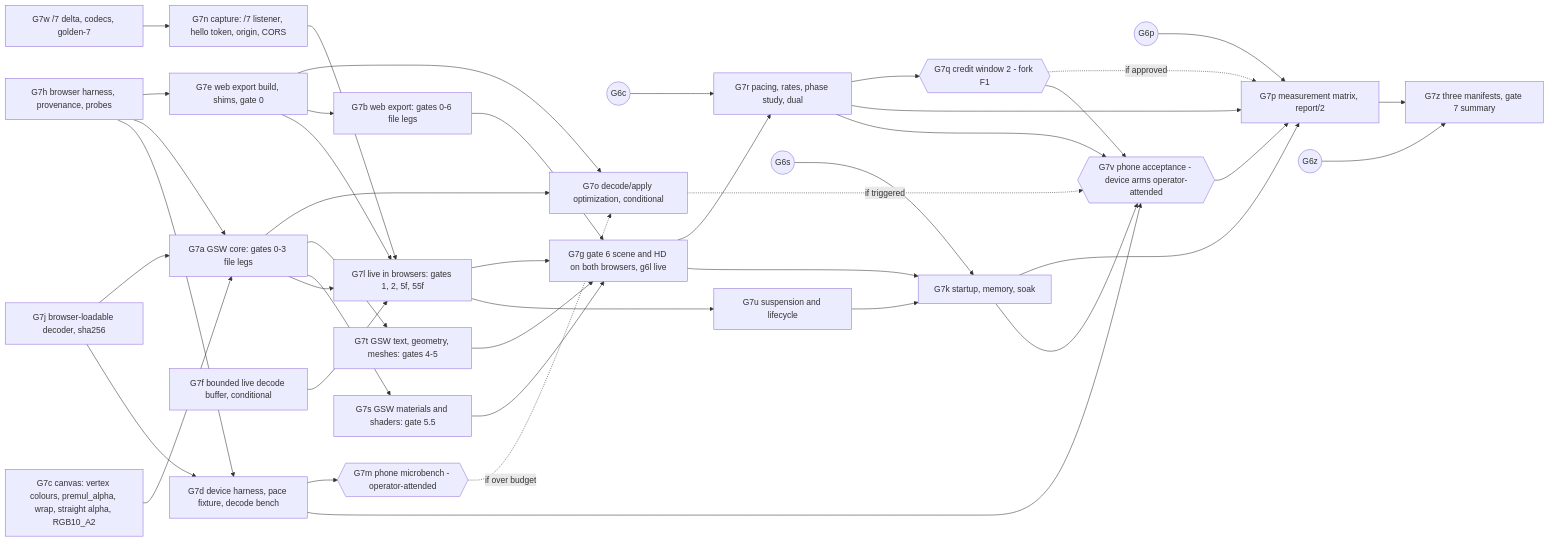
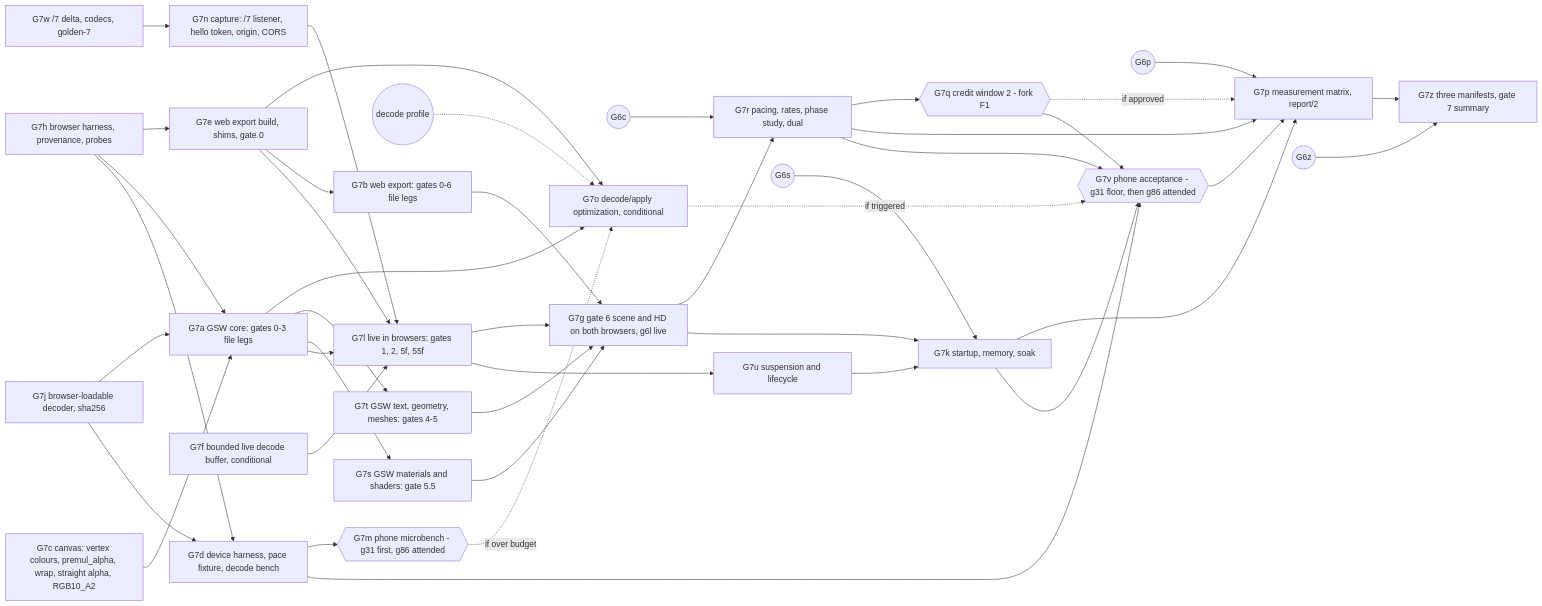
The diagram in experiments/render-stream/protocol/gate7-design.md (tfoxy/godot-scene-web), drawn with Mermaid before and after one commit. The commit also changed other lines of this file, not shown here.

````diff
--- a/experiments/render-stream/protocol/gate7-design.md
+++ b/experiments/render-stream/protocol/gate7-design.md
@@ -1080,44 +1267,45 @@
 ```mermaid
 flowchart LR
     G6c((G6c)) --> G7r
     G6s((G6s)) --> G7k
     G6p((G6p)) --> G7p
     G6z((G6z)) --> G7z
     G7w[G7w /7 delta, codecs, golden-7] --> G7n
     G7j[G7j browser-loadable decoder, sha256] --> G7a
     G7h[G7h browser harness, provenance, probes] --> G7e
     G7h --> G7a
     G7c[G7c canvas: vertex colours, premul_alpha, wrap, straight alpha, RGB10_A2] --> G7a
     G7f[G7f bounded live decode buffer, conditional] --> G7l
     G7h --> G7d[G7d device harness, pace fixture, decode bench]
     G7j --> G7d
-    G7d --> G7m{{G7m phone microbench - operator-attended}}
+    DP((decode profile)) -.-> G7o
+    G7d --> G7m{{G7m phone microbench - g31 first, g86 attended}}
     G7m -. if over budget .-> G7o[G7o decode/apply optimization, conditional]
     G7e --> G7o
     G7a --> G7o
     G7o -. if triggered .-> G7v
     G7e[G7e web export build, shims, gate 0] --> G7b[G7b web export: gates 0-6 file legs]
     G7a[G7a GSW core: gates 0-3 file legs] --> G7t[G7t GSW text, geometry, meshes: gates 4-5]
     G7a --> G7s[G7s GSW materials and shaders: gate 5.5]
     G7n[G7n capture: /7 listener, hello token, origin, CORS] --> G7l
     G7e --> G7l[G7l live in browsers: gates 1, 2, 5f, 55f]
     G7a --> G7l
     G7b --> G7g[G7g gate 6 scene and HD on both browsers, g6l live]
     G7t --> G7g
     G7s --> G7g
     G7l --> G7g
     G7l --> G7u[G7u suspension and lifecycle]
     G7g --> G7r[G7r pacing, rates, phase study, dual]
     G7g --> G7k[G7k startup, memory, soak]
     G7u --> G7k
     G7r --> G7q{{G7q credit window 2 - fork F1}}
     G7r --> G7p[G7p measurement matrix, report/2]
     G7k --> G7p
     G7q -. if approved .-> G7p
-    G7r --> G7v{{G7v phone acceptance - device arms operator-attended}}
+    G7r --> G7v{{G7v phone acceptance - g31 floor, then g86 attended}}
     G7k --> G7v
     G7q --> G7v
     G7d --> G7v
     G7v --> G7p
     G7p --> G7z[G7z three manifests, gate 7 summary]
 ```
````
